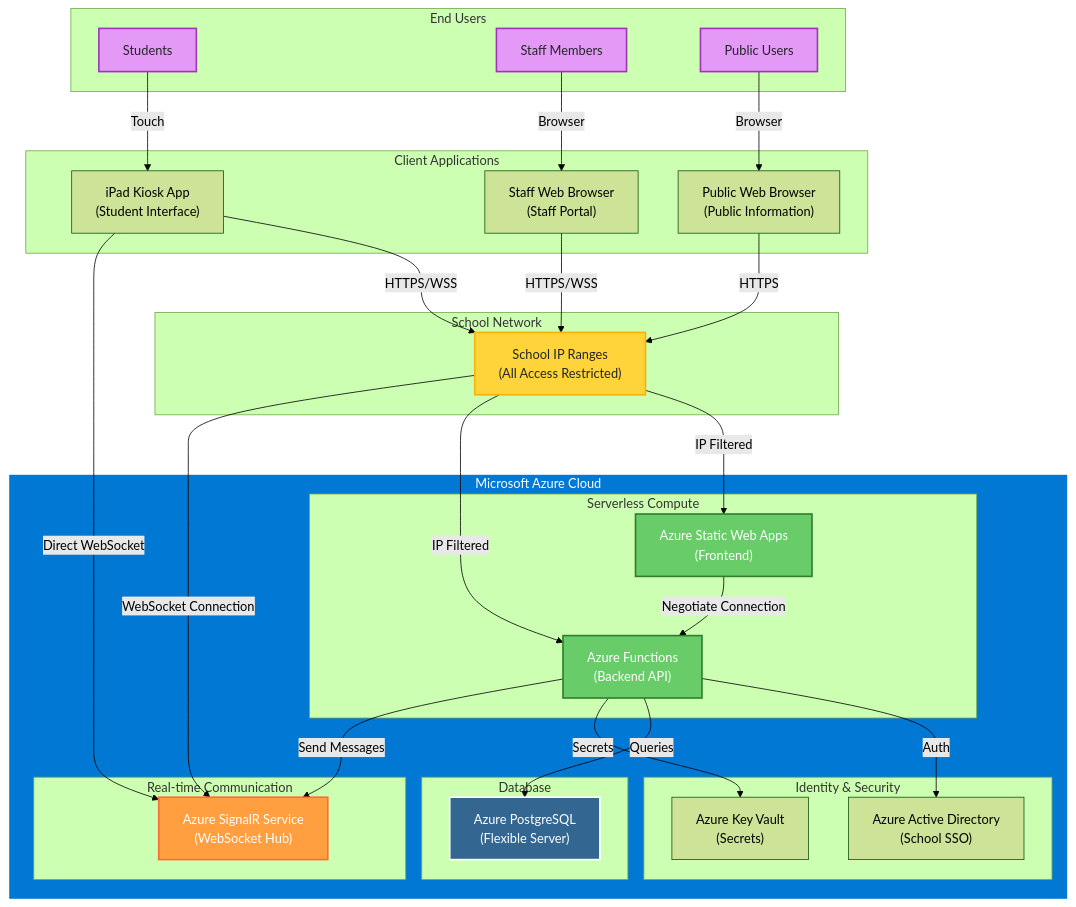
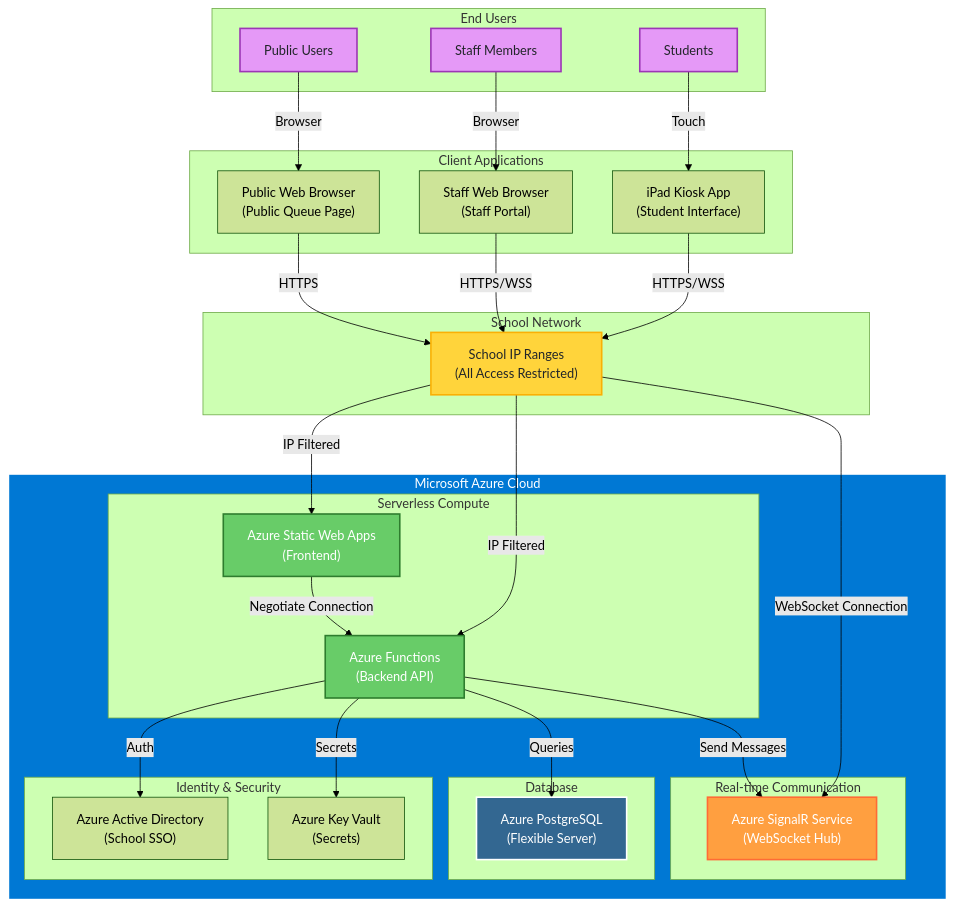
Before and after one commit to NuodiLiu/RealTimeTickingSystem: the diagram in docs/NETWORK_FLOW_AZURE.md, drawn with Mermaid (forest theme).

Commit message:
modified network diagram

````diff
--- a/docs/NETWORK_FLOW_AZURE.md
+++ b/docs/NETWORK_FLOW_AZURE.md
@@ -3,78 +3,77 @@
 ```mermaid
 flowchart TD
   %% Users
   subgraph Users["End Users"]
     Students["Students"]
     Staff["Staff Members"]
     PublicUsers["Public Users"]
   end
 
   %% Client Applications
   subgraph ClientApps["Client Applications"]
     iPadApp["iPad Kiosk App<br/>(Student Interface)"]
     StaffBrowser["Staff Web Browser<br/>(Staff Portal)"]
-    PublicBrowser["Public Web Browser<br/>(Public Information)"]
+    PublicBrowser["Public Web Browser<br/>(Public Queue Page)"]
   end
 
   %% Network
   subgraph Network["School Network"]
     SchoolNetwork["School IP Ranges<br/>(All Access Restricted)"]
   end
 
   %% Azure Services
   subgraph Azure["Microsoft Azure Cloud"]
     subgraph Compute["Serverless Compute"]
       BackendFunc["Azure Functions<br/>(Backend API)"]
       FrontendApp["Azure Static Web Apps<br/>(Frontend)"]
     end
     
     subgraph RealTime["Real-time Communication"]
       SignalR["Azure SignalR Service<br/>(WebSocket Hub)"]
     end
     
     subgraph Database["Database"]
       AzurePostgreSQL["Azure PostgreSQL<br/>(Flexible Server)"]
     end
     
     subgraph Identity["Identity & Security"]
       AzureAD["Azure Active Directory<br/>(School SSO)"]
       KeyVault["Azure Key Vault<br/>(Secrets)"]
     end
   end
 
   %% Connections
   Students -->|Touch| iPadApp
   Staff -->|Browser| StaffBrowser
   PublicUsers -->|Browser| PublicBrowser
 
   iPadApp -->|HTTPS/WSS| SchoolNetwork
   StaffBrowser -->|HTTPS/WSS| SchoolNetwork
   PublicBrowser -->|HTTPS| SchoolNetwork
 
   SchoolNetwork -->|IP Filtered| FrontendApp
   SchoolNetwork -->|IP Filtered| BackendFunc
   SchoolNetwork -->|WebSocket Connection| SignalR
 
   BackendFunc -->|Auth| AzureAD
   BackendFunc -->|Queries| AzurePostgreSQL
   BackendFunc -->|Secrets| KeyVault
   BackendFunc -->|Send Messages| SignalR
   
   FrontendApp -->|Negotiate Connection| BackendFunc
-  iPadApp -->|Direct WebSocket| SignalR
 
   %% Styling
   classDef azure fill:#0078d4,stroke:#ffffff,stroke-width:2px,color:#ffffff
   classDef realtime fill:#ff9f40,stroke:#ff6b35,stroke-width:2px,color:#ffffff
   classDef compute fill:#68cc68,stroke:#2e7d2e,stroke-width:2px,color:#ffffff
   classDef database fill:#336791,stroke:#ffffff,stroke-width:2px,color:#ffffff
   classDef network fill:#ffd43b,stroke:#fab005,stroke-width:2px,color:#212529
   classDef users fill:#e599f7,stroke:#9c36b5,stroke-width:2px,color:#212529
   
   class Azure azure
   class BackendFunc,FrontendApp compute
   class SignalR realtime
   class AzurePostgreSQL database
   class SchoolNetwork network
   class Students,Staff,PublicUsers users
 ```
````
